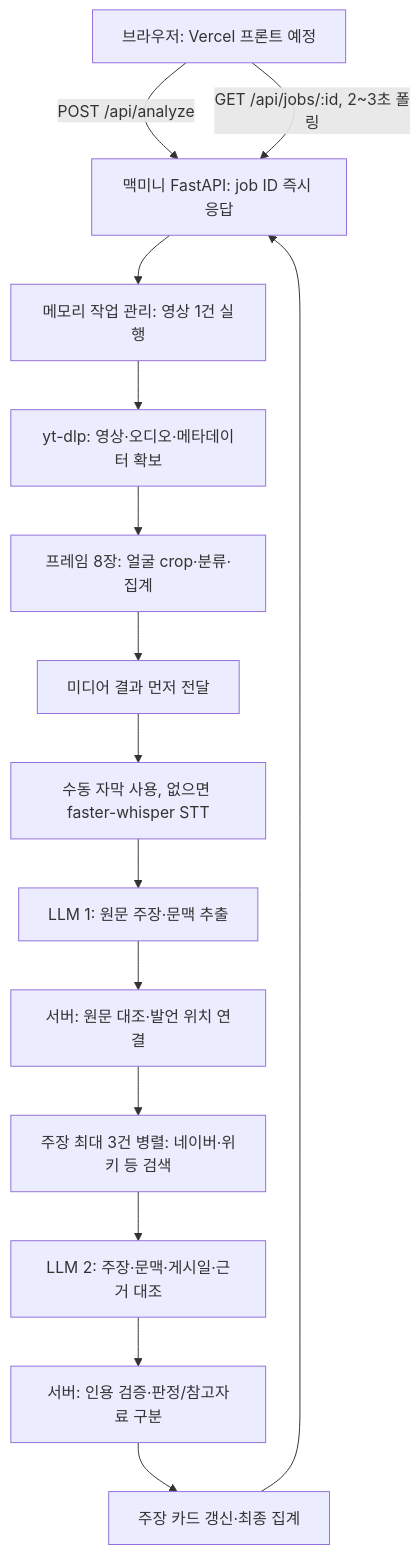
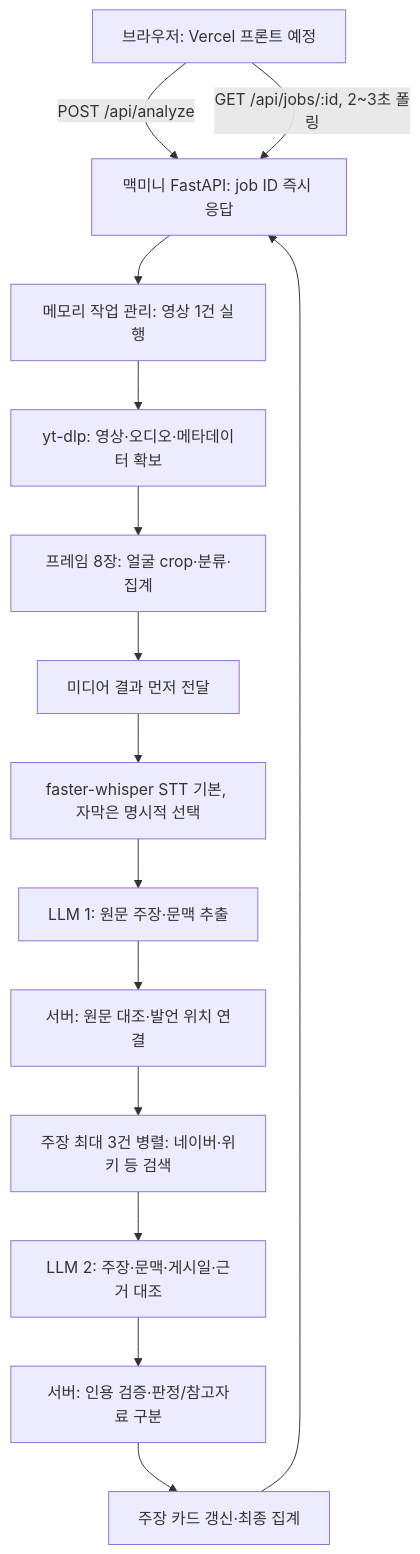
The diagram in docs/handoff.md (Dynamic-Juo/be), drawn with Mermaid before and after one commit. The commit also changed other lines of this file and 7 other files, not shown here.

````diff
--- a/docs/handoff.md
+++ b/docs/handoff.md
@@ -61,17 +69,17 @@
 ```mermaid
 flowchart TD
     B[브라우저: Vercel 프론트 예정] -->|POST /api/analyze| A[맥미니 FastAPI: job ID 즉시 응답]
     A --> Q[메모리 작업 관리: 영상 1건 실행]
     Q --> D[yt-dlp: 영상·오디오·메타데이터 확보]
     D --> F[프레임 8장: 얼굴 crop·분류·집계]
     F --> M[미디어 결과 먼저 전달]
-    M --> T[수동 자막 사용, 없으면 faster-whisper STT]
+    M --> T[faster-whisper STT 기본, 자막은 명시적 선택]
     T --> E[LLM 1: 원문 주장·문맥 추출]
     E --> C[서버: 원문 대조·발언 위치 연결]
     C --> S[주장 최대 3건 병렬: 네이버·위키 등 검색]
     S --> V[LLM 2: 주장·문맥·게시일·근거 대조]
     V --> G[서버: 인용 검증·판정/참고자료 구분]
     G --> R[주장 카드 갱신·최종 집계]
     B -->|GET /api/jobs/:id, 2~3초 폴링| A
     R --> A
 ```
````
